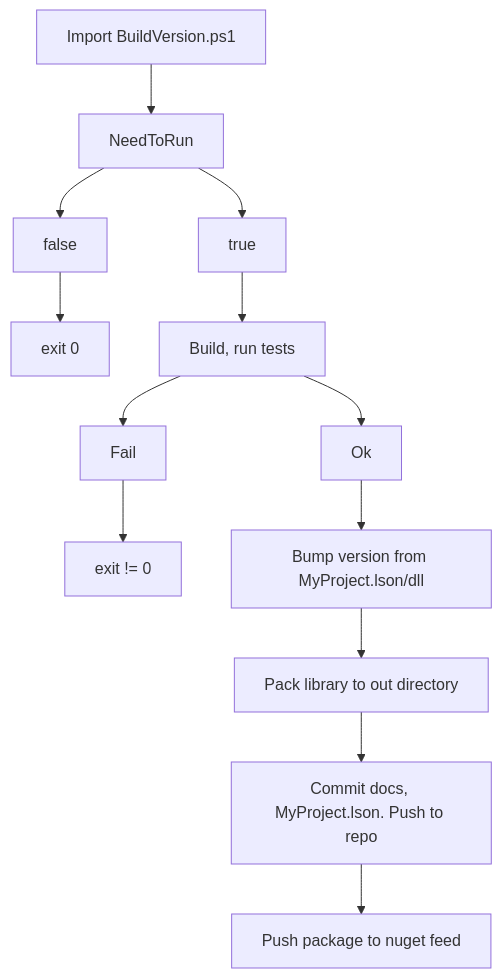
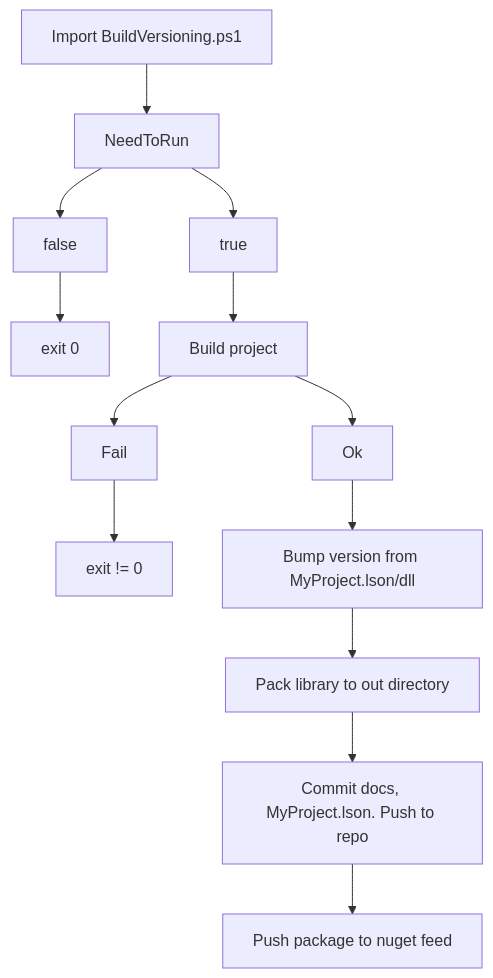
The diagram in content/posts/027-2019-12-26-automating-dotnet-versioning-process/Process.mermaid (chestercodes/chester.codes), drawn with Mermaid before and after one commit. The commit also changed 4 other files, not shown here.

````diff
--- a/content/posts/027-2019-12-26-automating-dotnet-versioning-process/Process.mermaid
+++ b/content/posts/027-2019-12-26-automating-dotnet-versioning-process/Process.mermaid
@@ -2,12 +2,12 @@
 ```mermaid
 graph TD;
-    IS[Import BuildVersion.ps1]-->N2R[NeedToRun];
+    IS[Import BuildVersioning.ps1]-->N2R[NeedToRun];
     N2R-->NRN[false]-->S[exit 0];
-    N2R-->NRY[true]-->B[Build, run tests];
+    N2R-->NRY[true]-->B[Build project];
     B-->BN[Fail]-->NXS[exit != 0];
     B-->BY[Ok]-->NV[Bump version from MyProject.lson/dll];
     NV-->PN[Pack library to out directory];
     PN-->CD[Commit docs, MyProject.lson. Push to repo];
     CD-->PNF[Push package to nuget feed];
     
 ```
````
